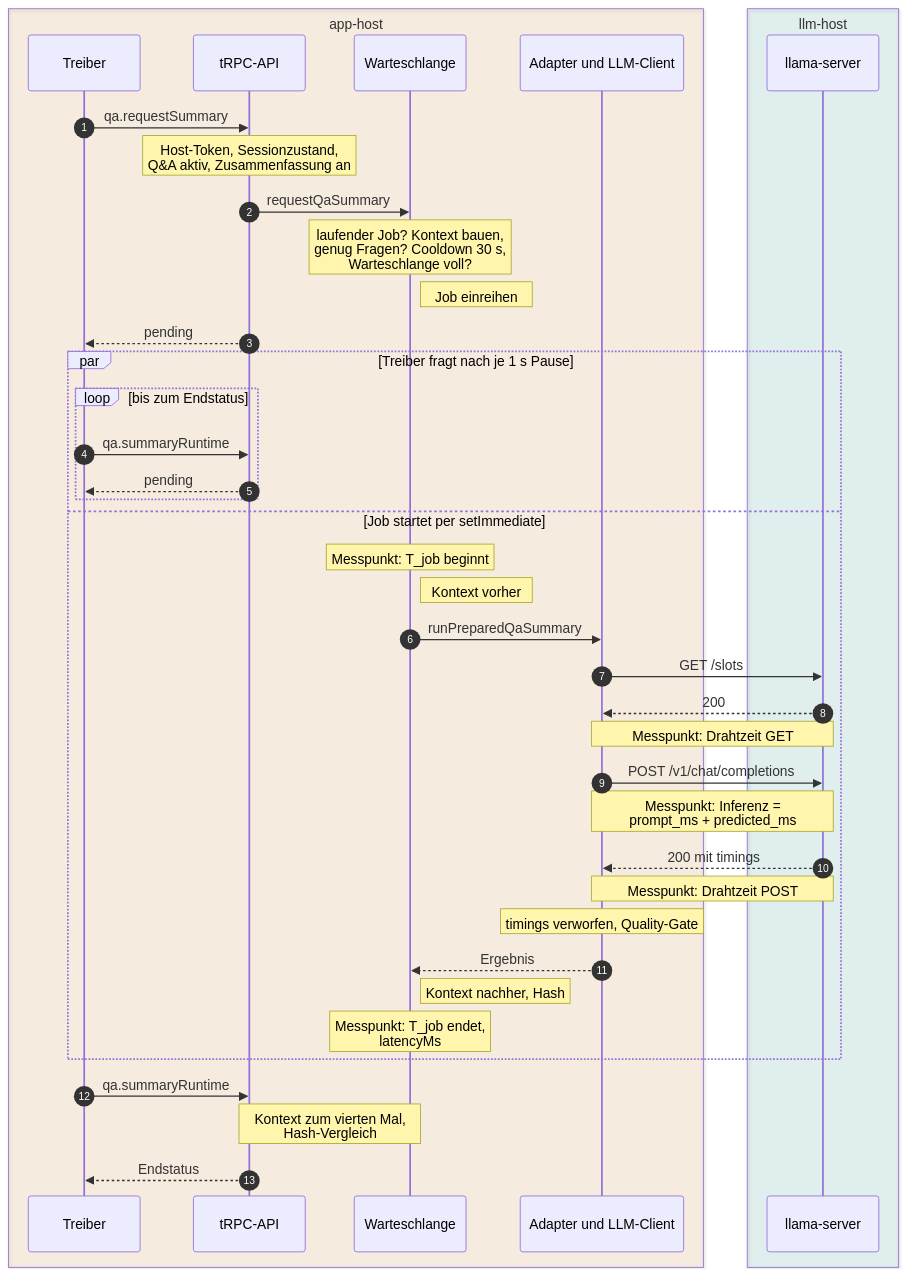
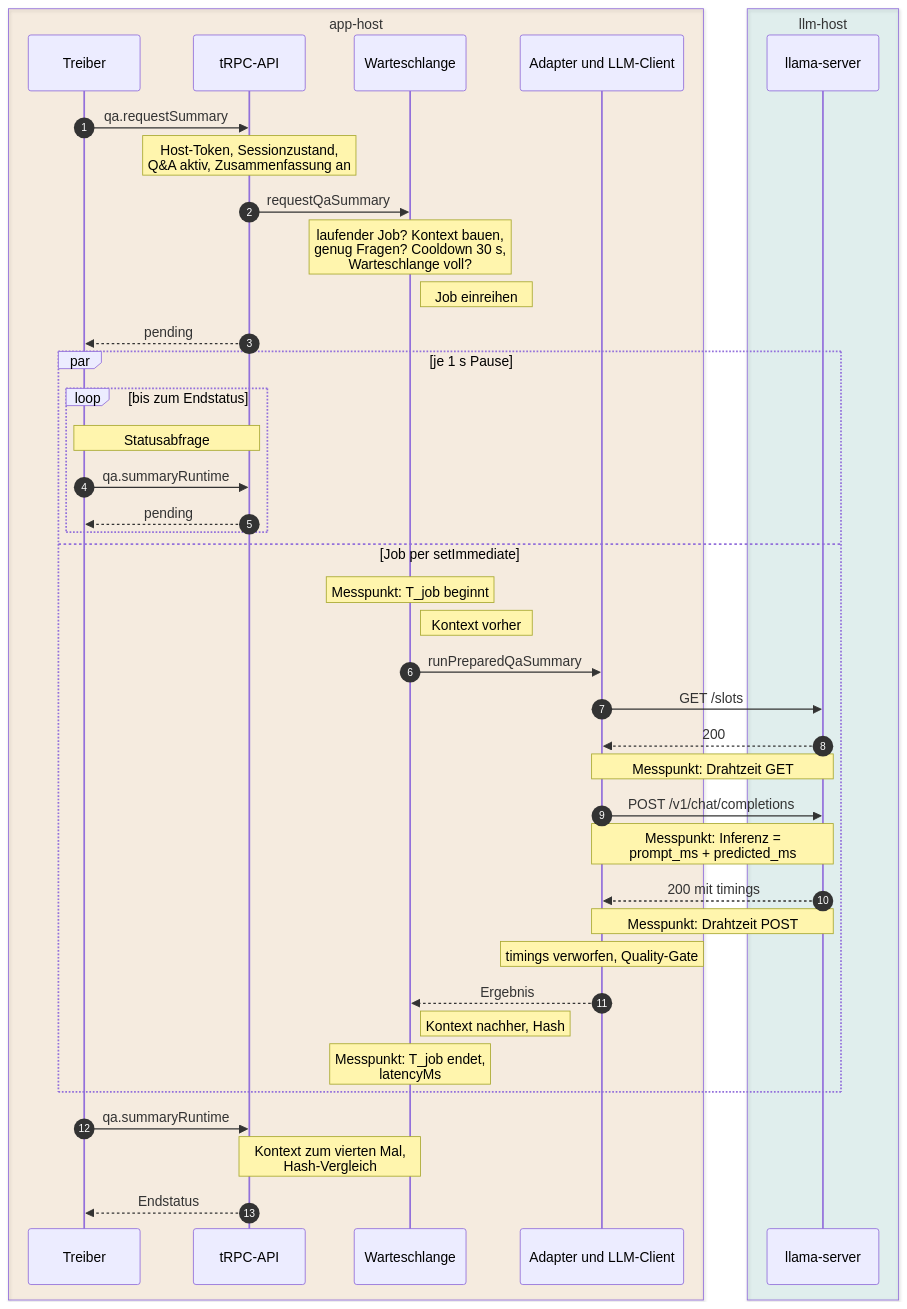
One commit to NiklasSkulll/arsnova.eu changed the diagram in docs/referat-thema-1/diagrams/1b-auftrag-sequenz.mmd. Above: the diagram before and after it, drawn with Mermaid. The commit also changed 5 other files, not shown here.

Commit message:
docs(referat): refine the 1B diagrams after the second visual review

```diff
--- a/docs/referat-thema-1/diagrams/1b-auftrag-sequenz.mmd
+++ b/docs/referat-thema-1/diagrams/1b-auftrag-sequenz.mmd
@@ -1,51 +1,52 @@
 ---
 config:
   sequence:
     actorMargin: 24
     boxMargin: 9
     noteMargin: 6
     messageMargin: 28
     width: 130
 ---
 sequenceDiagram
   autonumber
   box rgba(217, 119, 6, 0.10) app-host
     participant T as Treiber
     participant A as tRPC-API
     participant Q as Warteschlange
     participant AD as Adapter und LLM-Client
   end
   box rgba(13, 148, 136, 0.10) llm-host
     participant L as llama-server
   end
 
   T->>A: qa.requestSummary
   Note over A: Host-Token, Sessionzustand,<br/>Q&A aktiv, Zusammenfassung an
   A->>Q: requestQaSummary
   Note over Q: laufender Job? Kontext bauen,<br/>genug Fragen? Cooldown 30 s,<br/>Warteschlange voll?
   Note right of Q: Job einreihen
   A-->>T: pending
-  par Treiber fragt nach je 1 s Pause
+  par je 1 s Pause
     loop bis zum Endstatus
+      Note over T,A: Statusabfrage
       T->>A: qa.summaryRuntime
       A-->>T: pending
     end
-  and Job startet per setImmediate
+  and Job per setImmediate
     Note over Q: Messpunkt: T_job beginnt
     Note right of Q: Kontext vorher
     Q->>AD: runPreparedQaSummary
     AD->>L: GET /slots
     L-->>AD: 200
     Note over AD,L: Messpunkt: Drahtzeit GET
     AD->>L: POST /v1/chat/completions
     Note over AD,L: Messpunkt: Inferenz =<br/>prompt_ms + predicted_ms
     L-->>AD: 200 mit timings
     Note over AD,L: Messpunkt: Drahtzeit POST
     Note over AD: timings verworfen, Quality-Gate
     AD-->>Q: Ergebnis
     Note right of Q: Kontext nachher, Hash
     Note over Q: Messpunkt: T_job endet,<br/>latencyMs
   end
   T->>A: qa.summaryRuntime
   Note over A,Q: Kontext zum vierten Mal,<br/>Hash-Vergleich
   A-->>T: Endstatus
```
